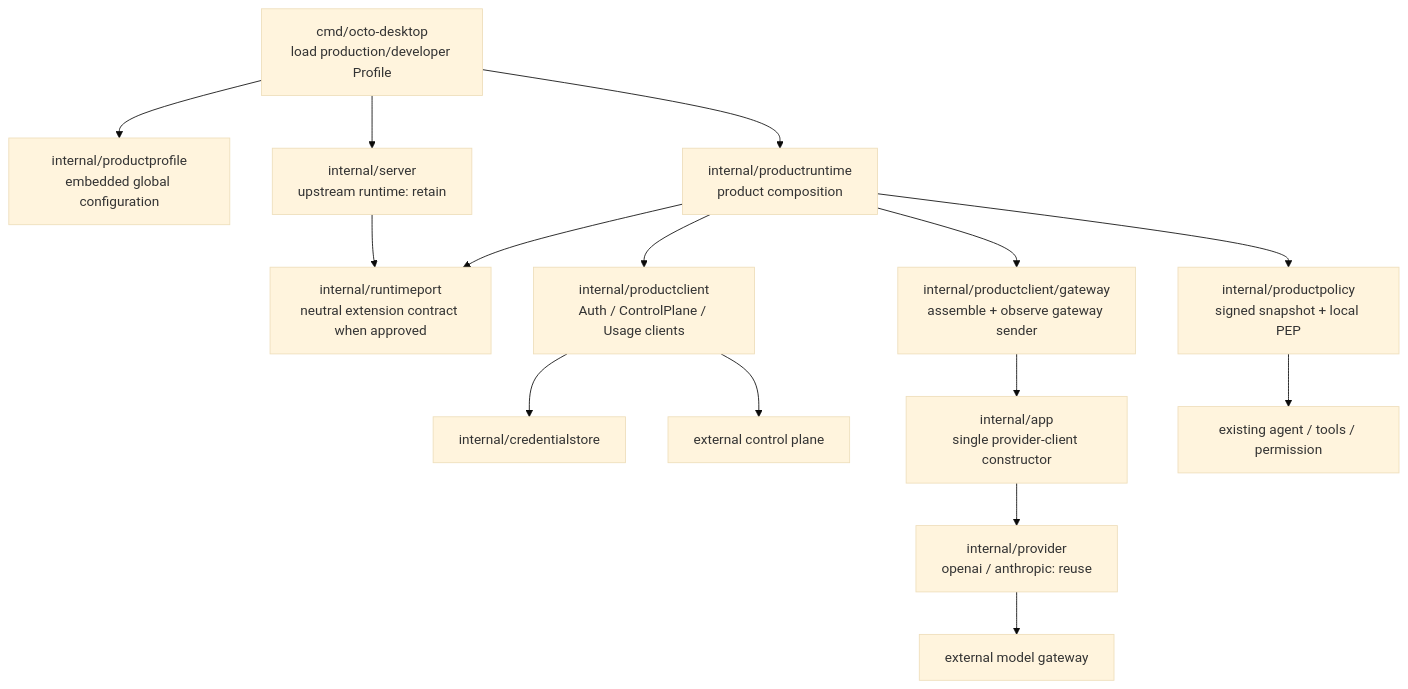
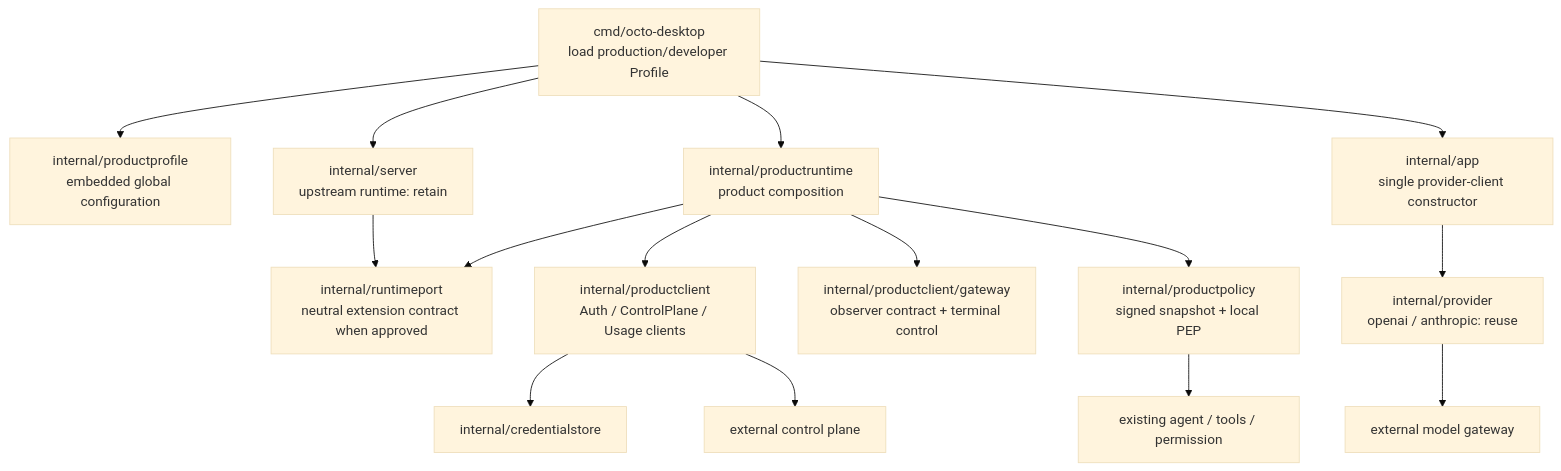
One commit to USDAble/buding-box-client changed the diagram in dev-docs-usdable/需求/20260909/P0-正式服务与Agent演进/客户端架构演进评审.md. Above: the diagram before and after it, drawn with Mermaid (base theme). The commit also changed other lines of this file and 9 other files, not shown here.

````diff
--- a/dev-docs-usdable/需求/20260909/P0-正式服务与Agent演进/客户端架构演进评审.md
+++ b/dev-docs-usdable/需求/20260909/P0-正式服务与Agent演进/客户端架构演进评审.md
@@ -9,17 +9,17 @@
 ```mermaid
 flowchart TB
     DESKTOP[cmd/octo-desktop<br/>load production/developer Profile] --> PROFILE[internal/productprofile<br/>embedded global configuration]
     DESKTOP --> SERVER[internal/server<br/>upstream runtime: retain]
     DESKTOP --> RUNTIME[internal/productruntime<br/>product composition]
     SERVER --> PORT[internal/runtimeport<br/>neutral extension contract when approved]
     RUNTIME --> PORT
     RUNTIME --> PC[internal/productclient<br/>Auth / ControlPlane / Usage clients]
-    RUNTIME --> PG[internal/productclient/gateway<br/>assemble + observe gateway sender]
+    RUNTIME --> PG[internal/productclient/gateway<br/>observer contract + terminal control]
     RUNTIME --> PP[internal/productpolicy<br/>signed snapshot + local PEP]
     PC --> CREDS[internal/credentialstore]
     PC --> CP[external control plane]
-    PG --> APP[internal/app<br/>single provider-client constructor]
+    DESKTOP --> APP[internal/app<br/>single provider-client constructor]
     APP --> PROV[internal/provider<br/>openai / anthropic: reuse]
     PROV --> GW[external model gateway]
     PP --> TOOLS[existing agent / tools / permission]
 ```
````
